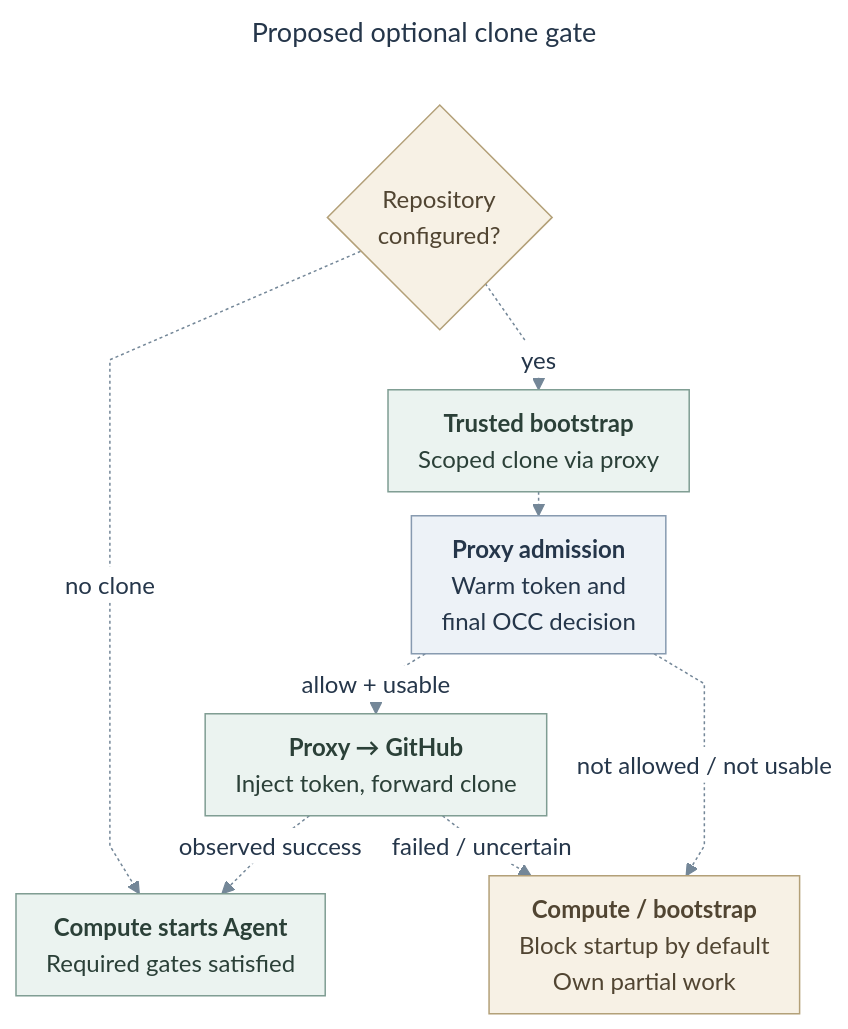
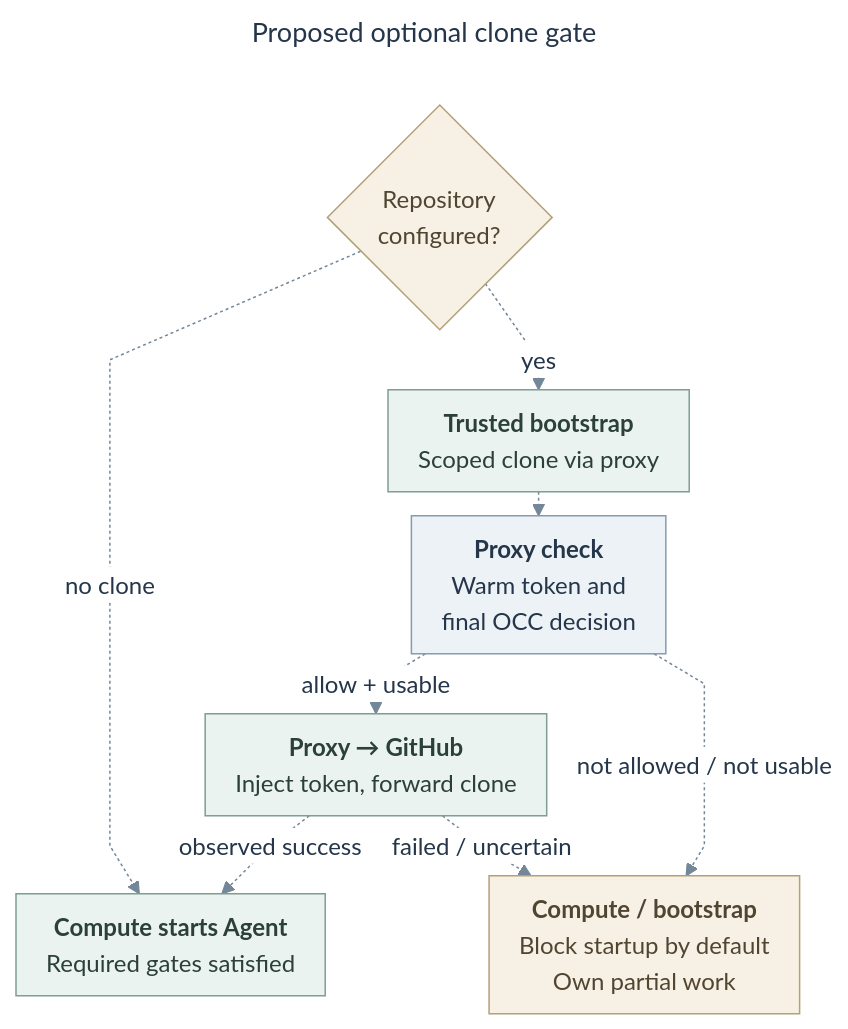
The diagram in specs/rfcs/0019-egress-proxy-credential-lifecycle/assets/clone-startup.mmd (freeqaz-openai/openclaw-enterprise), drawn with Mermaid before and after one commit. The commit also changed 7 other files, not shown here.

```diff
--- a/specs/rfcs/0019-egress-proxy-credential-lifecycle/assets/clone-startup.mmd
+++ b/specs/rfcs/0019-egress-proxy-credential-lifecycle/assets/clone-startup.mmd
@@ -1,43 +1,43 @@
 ---
 title: "Proposed optional clone gate"
 config:
   theme: base
   htmlLabels: true
   themeVariables:
     fontFamily: "Arial, sans-serif"
     fontSize: "16px"
     primaryTextColor: "#25364A"
     lineColor: "#748798"
     edgeLabelBackground: "#FFFFFF"
   flowchart:
     useMaxWidth: false
     curve: linear
     nodeSpacing: 16
     rankSpacing: 16
     padding: 10
     diagramPadding: 10
     subGraphTitleMargin:
       top: 8
       bottom: 10
 ---
 flowchart TB
   Repo{"Repository<br/>configured?"}
   Bootstrap["<b>Trusted bootstrap</b><br/>Scoped clone via proxy"]
-  Gate["<b>Proxy admission</b><br/>Warm token and<br/>final OCC decision"]
+  Gate["<b>Proxy check</b><br/>Warm token and<br/>final OCC decision"]
   Clone["<b>Proxy → GitHub</b><br/>Inject token, forward clone"]
   Start["<b>Compute starts Agent</b><br/>Required gates satisfied"]
   Block["<b>Compute / bootstrap</b><br/>Block startup by default<br/>Own partial work"]
   Repo -.->|no clone| Start
   Repo -.->|yes| Bootstrap
   Bootstrap -.-> Gate
   Gate -.->|allow + usable| Clone
   Gate -.->|not allowed / not usable| Block
   Clone -.->|observed success| Start
   Clone -.->|failed / uncertain| Block
   class Bootstrap,Clone,Start action
   class Gate api
   class Repo,Block gate
   classDef api fill:#EDF2F7,stroke:#879AB0,color:#25364A,stroke-width:1px
   classDef action fill:#EBF3F0,stroke:#7F9D93,color:#2B4038,stroke-width:1px
   classDef gate fill:#F7F1E5,stroke:#B3A078,color:#514532,stroke-width:1px
   linkStyle default stroke:#748798,stroke-width:1px
```
